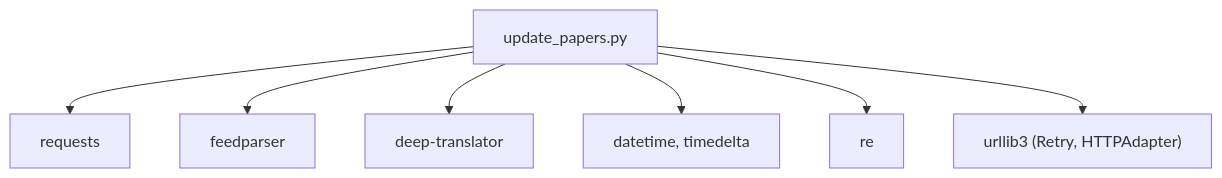
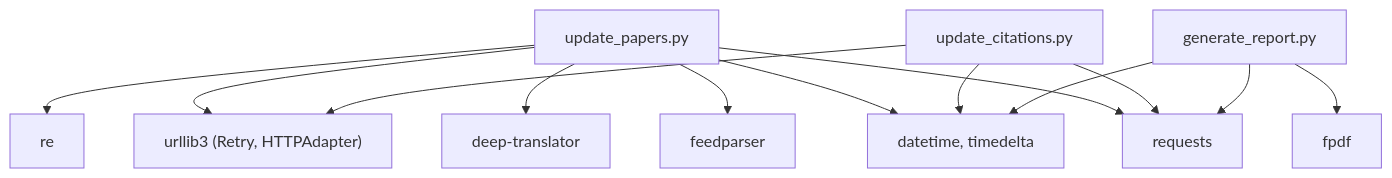
Before and after one commit to junxie01/cryoseismology_papers: diagram 20 of 20 in .qoder/repowiki/en/content/Core Components/Paper Collection Engine.md, drawn with Mermaid. The commit also changed other lines of this file and 12 other files, not shown here.

````diff
--- a/.qoder/repowiki/en/content/Core Components/Paper Collection Engine.md
+++ b/.qoder/repowiki/en/content/Core Components/Paper Collection Engine.md
@@ -454,9 +652,15 @@
 ```mermaid
 graph TB
 UP["update_papers.py"] --> Requests["requests"]
 UP --> Feedparser["feedparser"]
 UP --> DT["deep-translator"]
 UP --> DateTime["datetime, timedelta"]
 UP --> Re["re"]
 UP --> URLLib3["urllib3 (Retry, HTTPAdapter)"]
+UC["update_citations.py"] --> Requests
+UC --> DateTime
+UC --> URLLib3
+GR["generate_report.py"] --> Requests
+GR --> DateTime
+GR --> FPDF["fpdf"]
 ```
````
